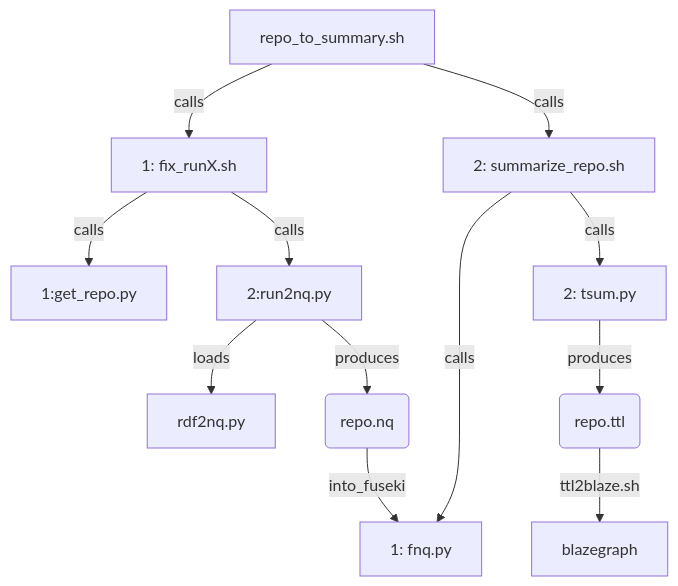
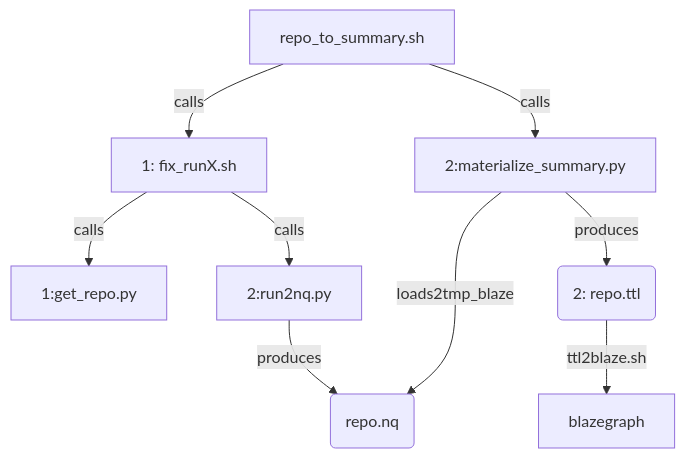
Before and after one commit to earthcube/earthcube_utilities: the diagram in summarize/docs/call.md, drawn with Mermaid. The commit also changed 10 other files, not shown here.

First line of the commit message:
Dev mb, last summarization steps w/graph class for blaze v fuseki, more checks&final upload (#23)

````diff
--- a/summarize/docs/call.md
+++ b/summarize/docs/call.md
@@ -5,10 +5,9 @@
 ```mermaid
 flowchart TD;
 R2S[repo_to_summary.sh]  -- calls --> G[1: fix_runX.sh];
 G -- calls --> gr[1:get_repo.py]
-G -- calls --> r2n[2:run2nq.py] -- loads --> rdf2[rdf2nq.py];
-R2S -- calls --> SR[2: summarize_repo.sh];
-SR -- calls --> F1[1: fnq.py];
-SR -- calls --> F2[2: tsum.py] -- produces --> RT(repo.ttl) -- ttl2blaze.sh --> B[blazegraph];
-r2n -- produces --> nq(repo.nq) -- into_fuseki --> F1;
+G -- calls --> r2n[2:run2nq.py];
+r2n -- produces --> nq(repo.nq);
+R2S -- calls -->  F2[2:materialize_summary.py] -- loads2tmp_blaze --> nq;
+F2 -- produces --> RT(2: repo.ttl) -- ttl2blaze.sh --> B[blazegraph];
 ```
````
